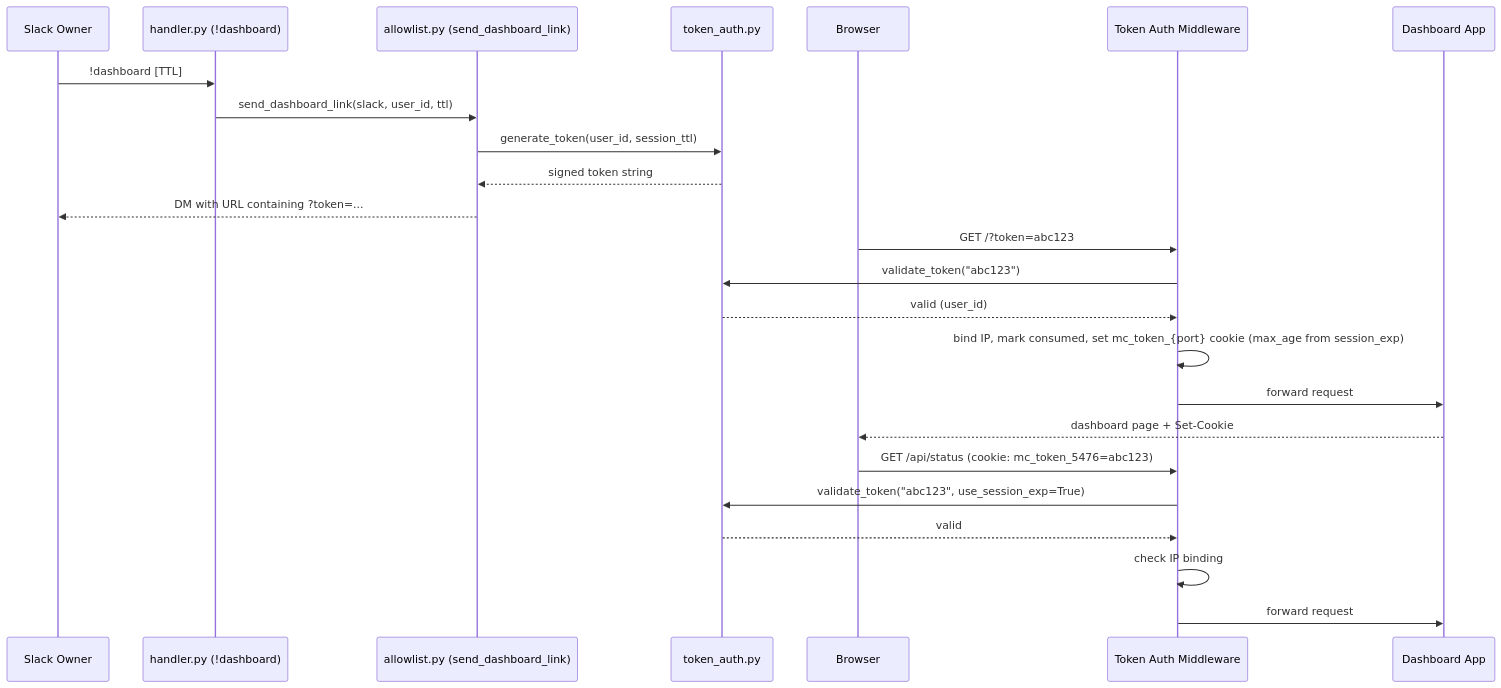
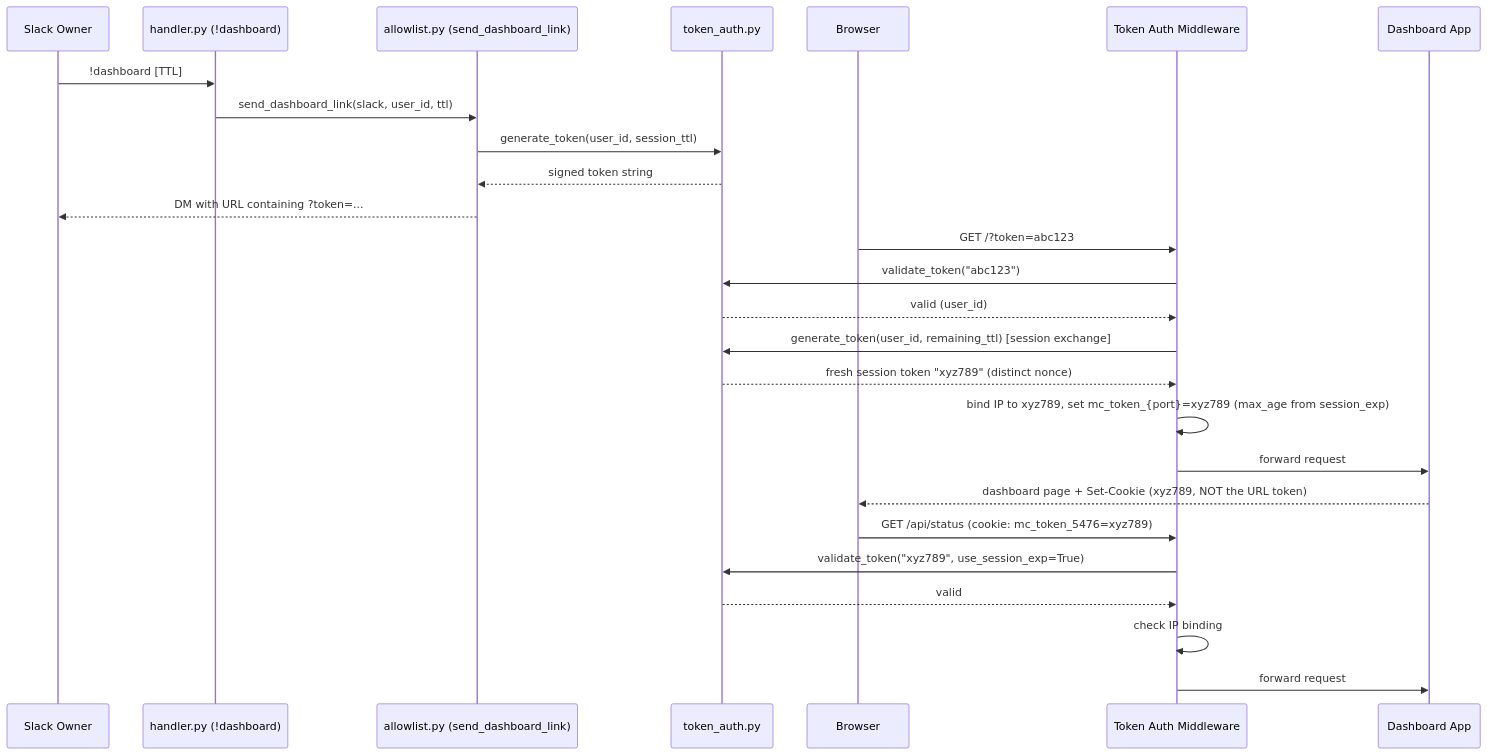
The first of 2 diagrams in docs/system-specs/features/dashboard-token-auth.md (Arin016/KiroCrew), drawn with Mermaid before and after one commit. The commit also changed other lines of this file and 488 other files, not shown here.

````diff
--- a/docs/system-specs/features/dashboard-token-auth.md
+++ b/docs/system-specs/features/dashboard-token-auth.md
@@ -13,29 +15,31 @@
 ```mermaid
 sequenceDiagram
     participant Owner as Slack Owner
     participant Handler as handler.py (!dashboard)
     participant Allowlist as allowlist.py (send_dashboard_link)
     participant TokenGen as token_auth.py
     participant Browser as Browser
     participant MW as Token Auth Middleware
     participant App as Dashboard App
 
     Owner->>Handler: !dashboard [TTL]
     Handler->>Allowlist: send_dashboard_link(slack, user_id, ttl)
     Allowlist->>TokenGen: generate_token(user_id, session_ttl)
     TokenGen-->>Allowlist: signed token string
     Allowlist-->>Owner: DM with URL containing ?token=...
 
     Browser->>MW: GET /?token=abc123
     MW->>TokenGen: validate_token("abc123")
     TokenGen-->>MW: valid (user_id)
-    MW->>MW: bind IP, mark consumed, set mc_token_{port} cookie (max_age from session_exp)
+    MW->>TokenGen: generate_token(user_id, remaining_ttl)  [session exchange]
+    TokenGen-->>MW: fresh session token "xyz789" (distinct nonce)
+    MW->>MW: bind IP to xyz789, set mc_token_{port}=xyz789 (max_age from session_exp)
     MW->>App: forward request
-    App-->>Browser: dashboard page + Set-Cookie
+    App-->>Browser: dashboard page + Set-Cookie (xyz789, NOT the URL token)
 
-    Browser->>MW: GET /api/status (cookie: mc_token_5476=abc123)
-    MW->>TokenGen: validate_token("abc123", use_session_exp=True)
+    Browser->>MW: GET /api/status (cookie: mc_token_5476=xyz789)
+    MW->>TokenGen: validate_token("xyz789", use_session_exp=True)
     TokenGen-->>MW: valid
     MW->>MW: check IP binding
     MW->>App: forward request
 ```
````
